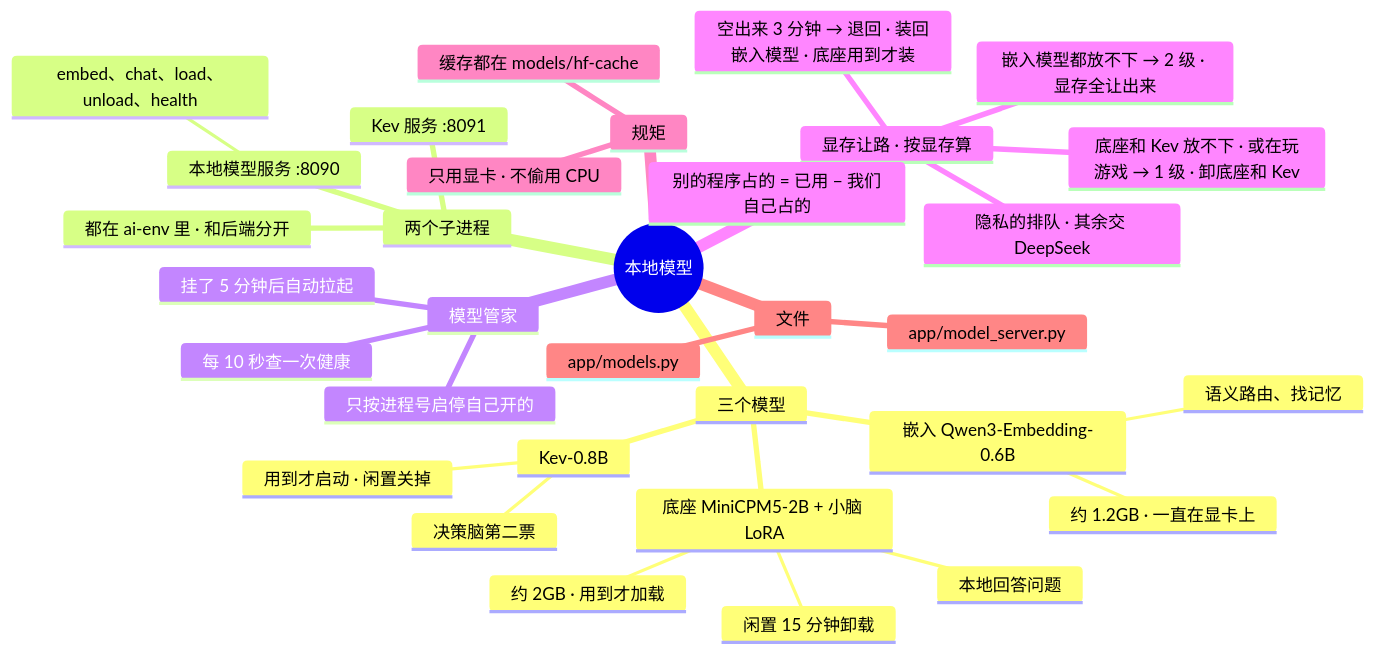
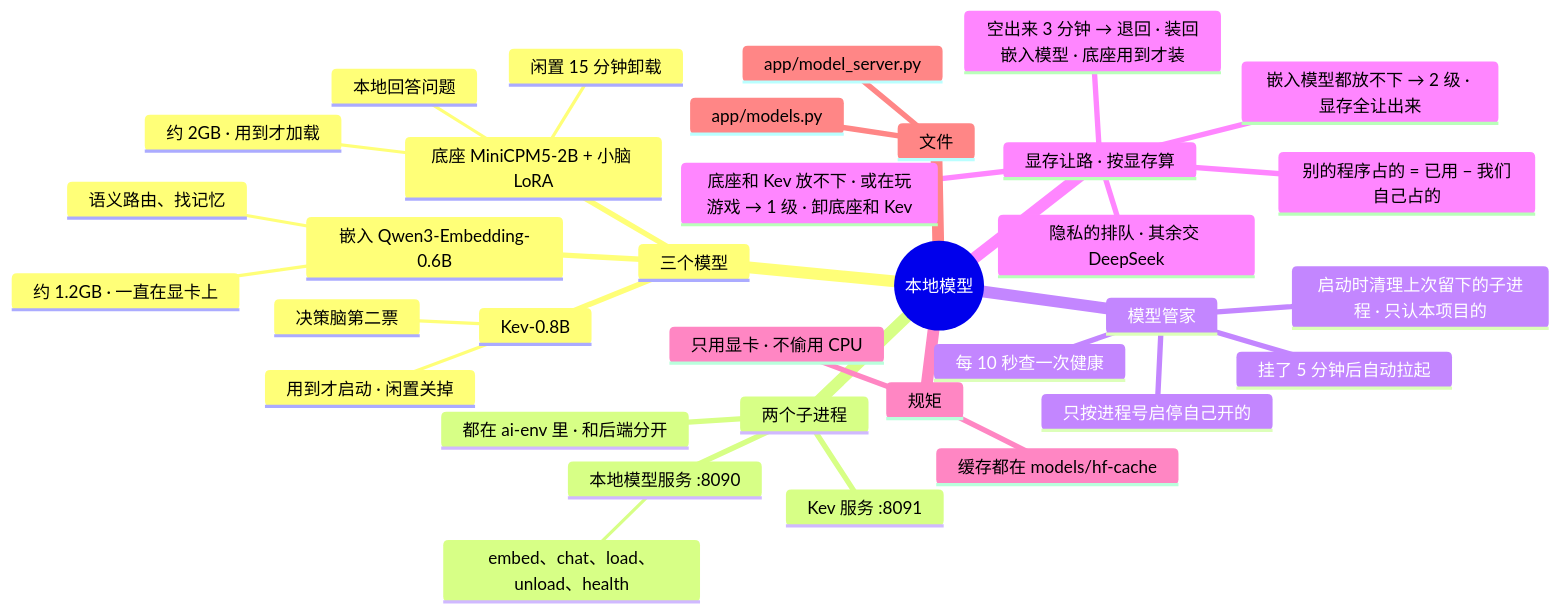
The diagram in docs/AI文档/架构/02-本地模型.md (lql-076/Experiment-Agent-One), drawn with Mermaid before and after one commit. The commit also changed other lines of this file and 16 other files, not shown here.

````diff
--- a/docs/AI文档/架构/02-本地模型.md
+++ b/docs/AI文档/架构/02-本地模型.md
@@ -9,39 +9,40 @@
 ```mermaid
 mindmap
   root((本地模型))
     三个模型
       嵌入 Qwen3-Embedding-0.6B
         语义路由、找记忆
         约 1.2GB · 一直在显卡上
       底座 MiniCPM5-2B + 小脑 LoRA
         本地回答问题
         约 2GB · 用到才加载
         闲置 15 分钟卸载
       Kev-0.8B
       :::svc-kev
         决策脑第二票
         用到才启动 · 闲置关掉
     两个子进程
       本地模型服务 :8090
       :::svc-model
         embed、chat、load、unload、health
       Kev 服务 :8091
       :::svc-kev
       都在 ai-env 里 · 和后端分开
     模型管家
       每 10 秒查一次健康
       挂了 5 分钟后自动拉起
       只按进程号启停自己开的
+      启动时清理上次留下的子进程 · 只认本项目的
     显存让路 · 按显存算
       别的程序占的 = 已用 − 我们自己占的
       底座和 Kev 放不下 · 或在玩游戏 → 1 级 · 卸底座和 Kev
       嵌入模型都放不下 → 2 级 · 显存全让出来
       空出来 3 分钟 → 退回 · 装回嵌入模型 · 底座用到才装
       隐私的排队 · 其余交 DeepSeek
     规矩
       只用显卡 · 不偷用 CPU
       缓存都在 models/hf-cache
     文件
       app/models.py
       app/model_server.py
 ```
````
